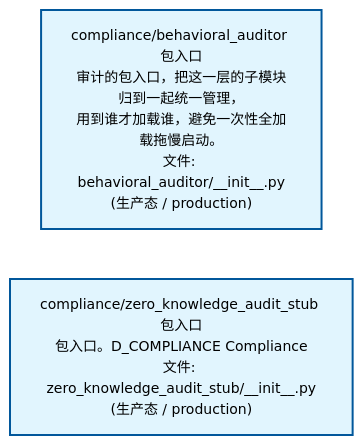
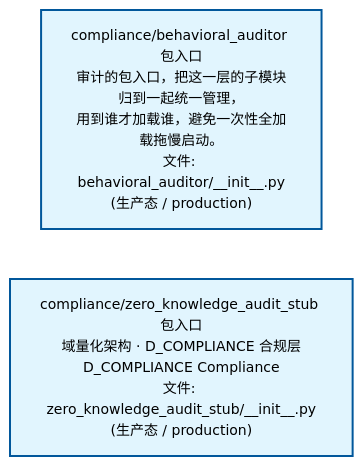
One commit to xuanFelixVan/ZephyrAlpha changed the second of 4 diagrams in docs/02_enterprise_architecture/02_domain_architecture_docs/38_d_compliance.md. Above: the diagram before and after it, drawn with Mermaid. The commit also changed other lines of this file and 48 other files, not shown here.

````diff
--- a/docs/02_enterprise_architecture/02_domain_architecture_docs/38_d_compliance.md
+++ b/docs/02_enterprise_architecture/02_domain_architecture_docs/38_d_compliance.md
@@ -92,12 +92,12 @@
 ```mermaid
 %%{init: {'theme': 'base', 'themeVariables': {'primaryColor': '#eaeaea', 'primaryTextColor': '#333333', 'primaryBorderColor': '#666666', 'lineColor': '#666666', 'secondaryColor': '#eaeaea', 'tertiaryColor': '#eaeaea', 'fontSize': '14px'}}}%%
 flowchart TD
     src_zephyr_compliance_behavioral_auditor_init_py["compliance/behavioral_auditor 包入口<br/>审计的包入口，把这一层的子模块归到一起统一管理，<br/>用到谁才加载谁，避免一次性全加载拖慢启动。<br/>文件: behavioral_auditor/__init__.py<br/>(生产态 / production)"]
-    src_zephyr_compliance_zero_knowledge_audit_stub_init_py["compliance/zero_knowledge_audit_stub 包入口<br/>包入口。D_COMPLIANCE Compliance<br/>文件: zero_knowledge_audit_stub/__init__.py<br/>(生产态 / production)"]
+    src_zephyr_compliance_zero_knowledge_audit_stub_init_py["compliance/zero_knowledge_audit_stub 包入口<br/>域量化架构 · D_COMPLIANCE 合规层<br/>D_COMPLIANCE Compliance<br/>文件: zero_knowledge_audit_stub/__init__.py<br/>(生产态 / production)"]
     src_zephyr_compliance_behavioral_auditor_init_py ~~~ src_zephyr_compliance_zero_knowledge_audit_stub_init_py
     classDef production fill:#e1f5fe,stroke:#01579b,stroke-width:2px,color:#000
     classDef design fill:#fff3e0,stroke:#e65100,stroke-width:2px,color:#000,stroke-dasharray: 5 5
     classDef external_prod fill:#e8f4fd,stroke:#0277bd,stroke-width:1px,color:#000
     classDef external_design fill:#fff8e7,stroke:#ef6c00,stroke-width:1px,color:#000,stroke-dasharray: 5 5
     class src_zephyr_compliance_behavioral_auditor_init_py,src_zephyr_compliance_zero_knowledge_audit_stub_init_py production
 ```
````
